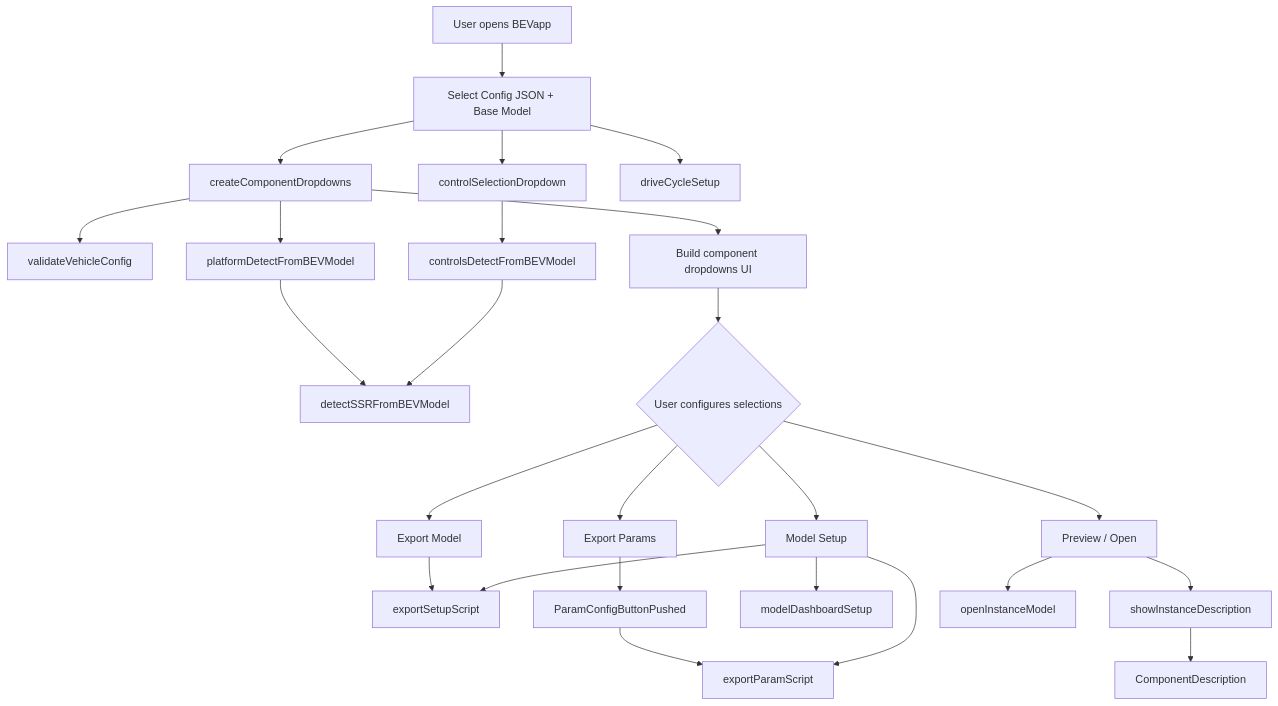
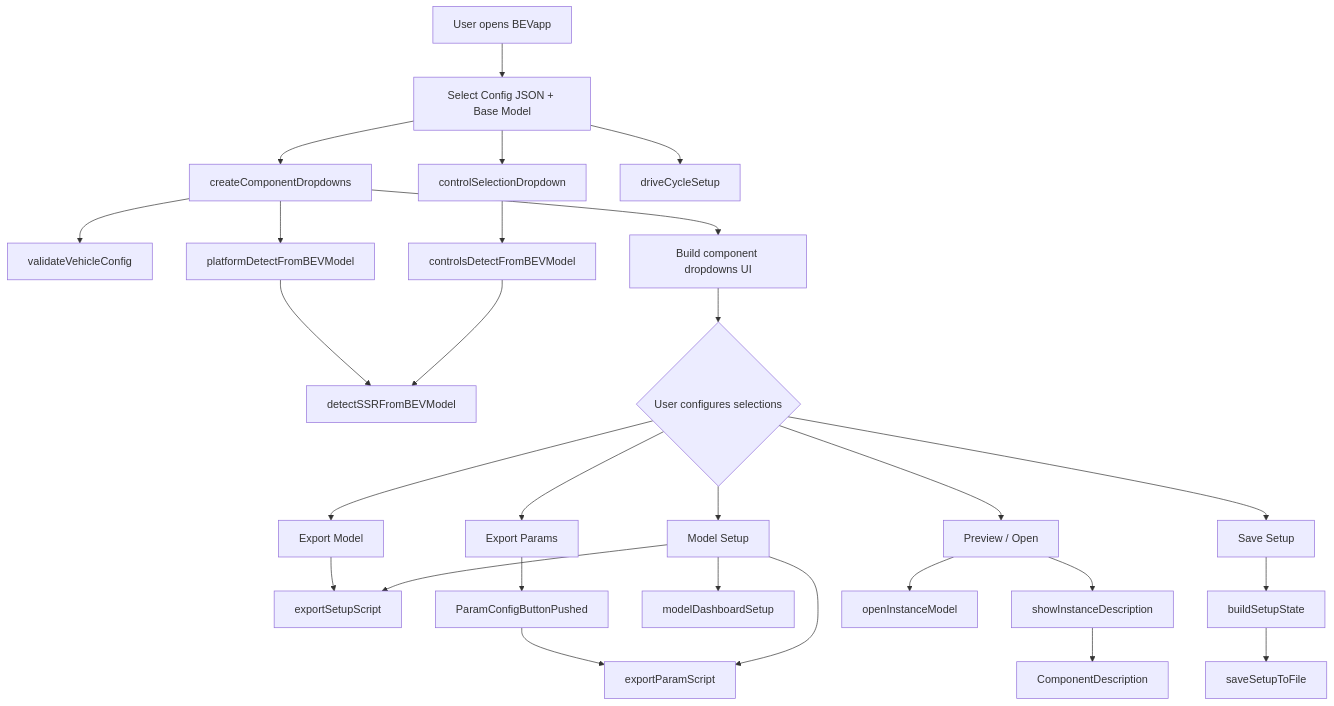
The diagram in APP/API/README.md (simscape/Electric-Vehicle-Simscape), drawn with Mermaid before and after one commit. The commit also changed other lines of this file and 1 other file, not shown here.

````diff
--- a/APP/API/README.md
+++ b/APP/API/README.md
@@ -63,32 +91,36 @@
 ```mermaid
 flowchart TD
     A[User opens BEVapp] --> B[Select Config JSON + Base Model]
     B --> C[createComponentDropdowns]
     C --> D[validateVehicleConfig]
     C --> E[platformDetectFromBEVModel]
     E --> F[detectSSRFromBEVModel]
     C --> G[Build component dropdowns UI]
 
     B --> H[controlSelectionDropdown]
     H --> I[controlsDetectFromBEVModel]
     I --> F
 
     B --> J[driveCycleSetup]
 
     G --> K{User configures selections}
     K --> L[Export Model]
     K --> M[Export Params]
     K --> N[Model Setup]
 
     L --> O[exportSetupScript]
     M --> P[ParamConfigButtonPushed]
     P --> Q[exportParamScript]
     N --> O
     N --> Q
     N --> R[modelDashboardSetup]
 
     K --> S["Preview / Open"]
     S --> T[showInstanceDescription]
     S --> U[openInstanceModel]
     T --> V[ComponentDescription]
+
+    K --> W[Save Setup]
+    W --> X[buildSetupState]
+    X --> Y[saveSetupToFile]
 ```
````
